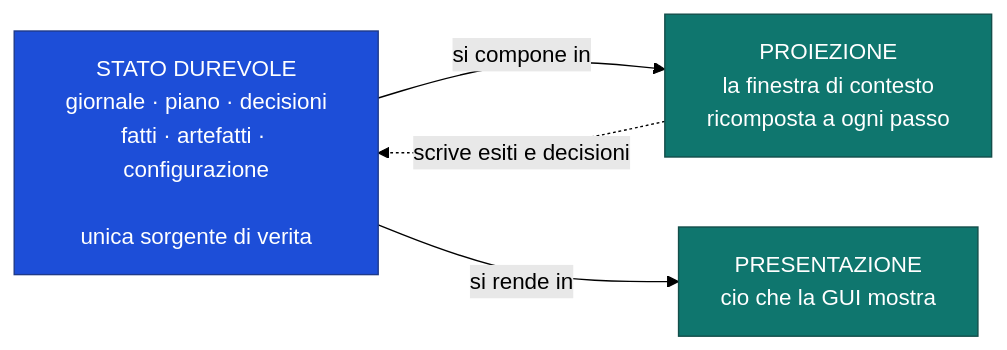
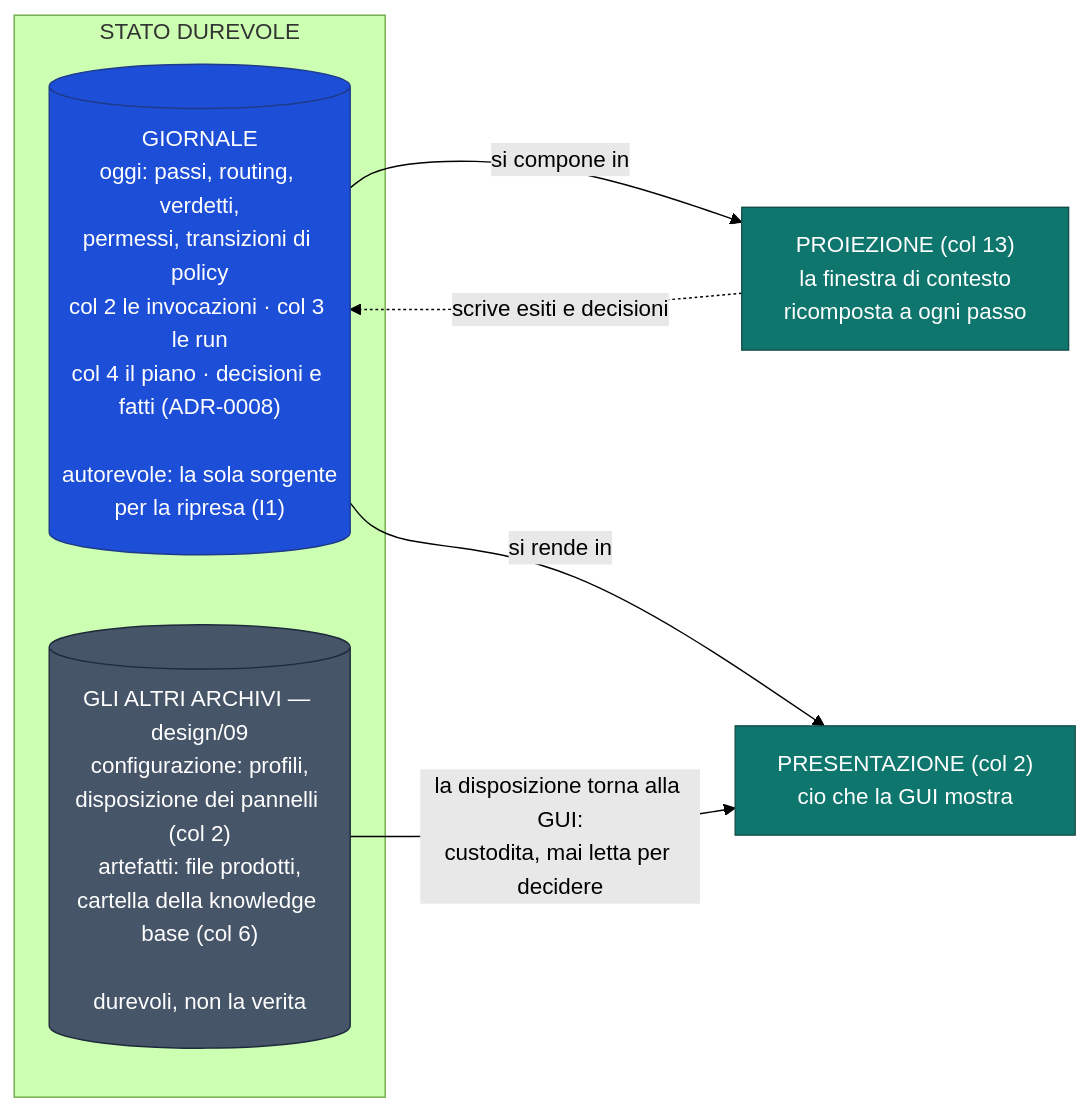
One commit to devfrx/daemon changed the first of 3 diagrams in docs/design/03-run-durevoli.md. Above: the diagram before and after it, drawn with Mermaid (forest theme). The commit also changed other lines of this file and 2 other files, not shown here.

````diff
--- a/docs/design/03-run-durevoli.md
+++ b/docs/design/03-run-durevoli.md
@@ -11,15 +20,21 @@
 ```mermaid
 flowchart LR
-    D["STATO DUREVOLE<br/>giornale · piano · decisioni<br/>fatti · artefatti · configurazione<br/><br/>unica sorgente di verita"]
-    P["PROIEZIONE<br/>la finestra di contesto<br/>ricomposta a ogni passo"]
-    G["PRESENTAZIONE<br/>cio che la GUI mostra"]
+    subgraph DUR["STATO DUREVOLE"]
+        J[("GIORNALE<br/>oggi: passi, routing, verdetti,<br/>permessi, transizioni di policy<br/>col 2 le invocazioni · col 3 le run<br/>col 4 il piano · decisioni e fatti (ADR-0008)<br/><br/>autorevole: la sola sorgente<br/>per la ripresa (I1)")]
+        O[("GLI ALTRI ARCHIVI — design/09<br/>configurazione: profili,<br/>disposizione dei pannelli (col 2)<br/>artefatti: file prodotti,<br/>cartella della knowledge base (col 6)<br/><br/>durevoli, non la verita")]
+    end
+    P["PROIEZIONE (col 13)<br/>la finestra di contesto<br/>ricomposta a ogni passo"]
+    G["PRESENTAZIONE (col 2)<br/>cio che la GUI mostra"]
 
-    D -->|"si compone in"| P
-    D -->|"si rende in"| G
-    P -.->|"scrive esiti e decisioni"| D
+    J -->|"si compone in"| P
+    J -->|"si rende in"| G
+    O -->|"la disposizione torna alla GUI:<br/>custodita, mai letta per decidere"| G
+    P -.->|"scrive esiti e decisioni"| J
 
     classDef ver fill:#1d4ed8,stroke:#1e3a8a,color:#fff
     classDef der fill:#0f766e,stroke:#134e4a,color:#fff
-    class D ver
+    classDef plain fill:#475569,stroke:#1e293b,color:#fff
+    class J ver
     class P,G der
+    class O plain
 ```
````
